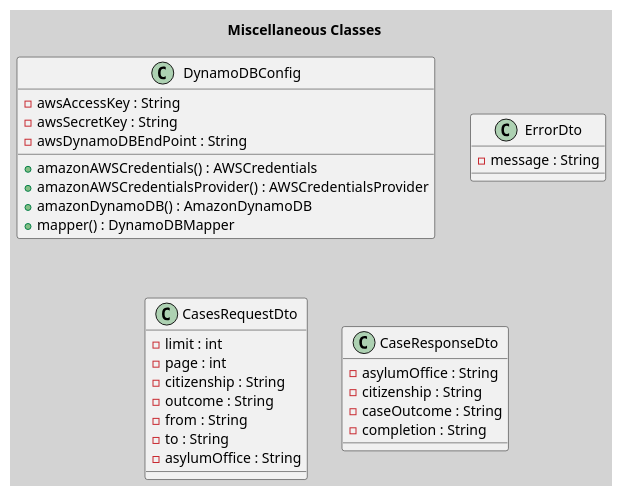
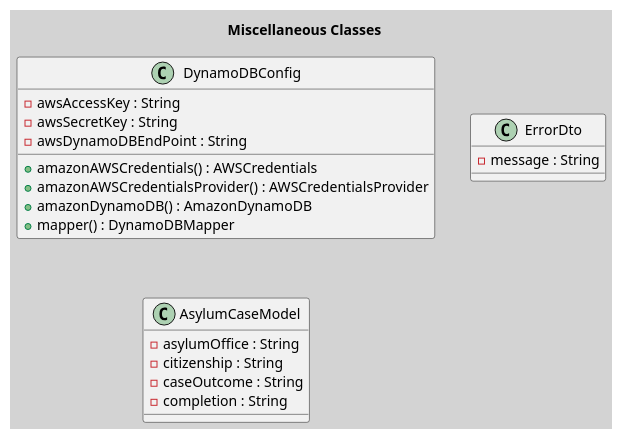
Before and after one commit to BloomTech-Labs/asylum-rg-be-a: the diagram in documentation/diagrams/RELEASE_1.5_MISC.puml, drawn with PlantUML. The commit also changed 13 other files, not shown here.

Commit message:
Updated Class Names, Method Names, and Variable Names for Brevity. Updated Class Diagrams and Sequence Diagrams. Updated API Documentation. Added Additional Comments.

```diff
--- a/documentation/diagrams/RELEASE_1.5_MISC.puml
+++ b/documentation/diagrams/RELEASE_1.5_MISC.puml
@@ -1,36 +1,26 @@
 @startuml
 title Miscellaneous Classes
 skinparam backgroundcolor lightgrey
 
 'Config for DynamoDB
 class DynamoDBConfig {
     - awsAccessKey : String
     - awsSecretKey : String
     - awsDynamoDBEndPoint : String
     + amazonAWSCredentials() : AWSCredentials
     + amazonAWSCredentialsProvider() : AWSCredentialsProvider
     + amazonDynamoDB() : AmazonDynamoDB
     + mapper() : DynamoDBMapper
 }
 
 class ErrorDto {
     - message : String
 }
 
-class CasesRequestDto {
-    - limit : int
-    - page : int
-    - citizenship : String
-    - outcome : String
-    - from : String
-    - to : String
-    - asylumOffice : String
-}
-
-class CaseResponseDto {
+class AsylumCaseModel {
     - asylumOffice : String
     - citizenship : String
     - caseOutcome : String
     - completion : String
 }
 @enduml
```
